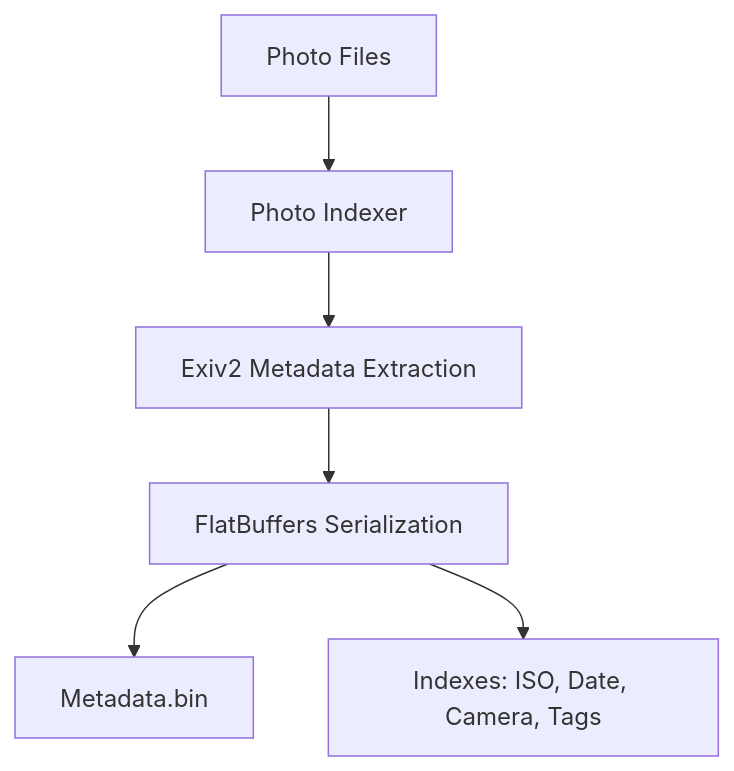
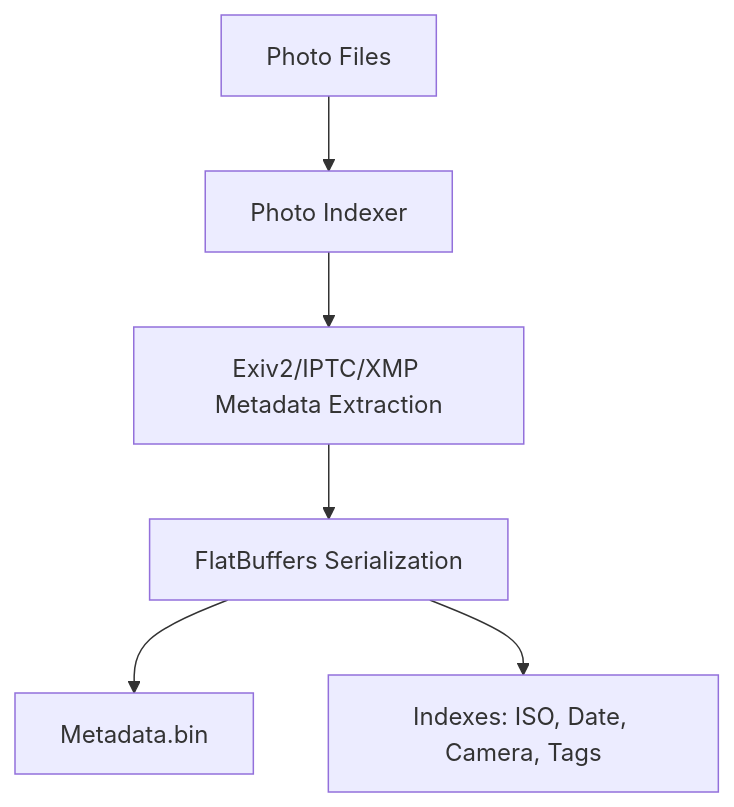
The diagram in README.md (Zheng-Bote/photo_indexer), drawn with Mermaid before and after one commit.

Commit message:
Update metadata extraction description in diagram

````diff
--- a/README.md
+++ b/README.md
@@ -61,8 +61,8 @@
 ```mermaid
 graph TD
     A[Photo Files] --> B[Photo Indexer]
-    B --> C[Exiv2 Metadata Extraction]
+    B --> C[Exiv2/IPTC/XMP Metadata Extraction]
     C --> D[FlatBuffers Serialization]
     D --> E[Metadata.bin]
     D --> F[Indexes: ISO, Date, Camera, Tags]
 ```
````
